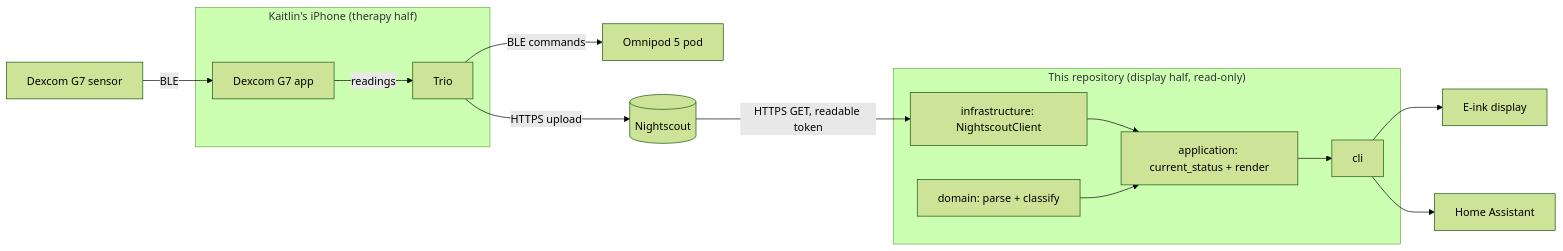
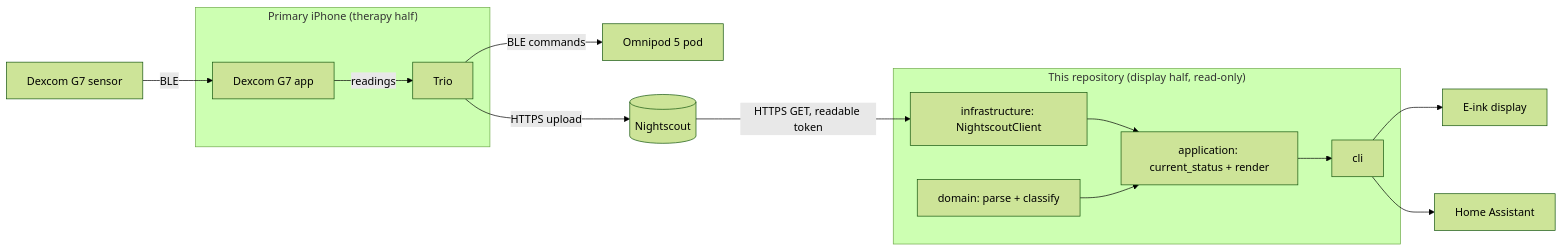
Before and after one commit to esanacore/lightkeeper: the diagram in docs/ARCHITECTURE.md, drawn with Mermaid (forest theme). The commit also changed other lines of this file and 40 other files, not shown here.

````diff
--- a/docs/ARCHITECTURE.md
+++ b/docs/ARCHITECTURE.md
@@ -17,23 +17,23 @@
 ```mermaid
 flowchart LR
-    subgraph iPhone["Kaitlin's iPhone (therapy half)"]
+    subgraph iPhone["Primary iPhone (therapy half)"]
         DexApp[Dexcom G7 app]
         Trio[Trio]
     end
     G7[Dexcom G7 sensor] -- BLE --> DexApp
     DexApp -- readings --> Trio
     Trio -- BLE commands --> Pod[Omnipod 5 pod]
     Trio -- HTTPS upload --> NS[(Nightscout)]
     subgraph Ours["This repository (display half, read-only)"]
         Client[infrastructure: NightscoutClient]
         Domain[domain: parse + classify]
         App[application: current_status + render]
         CLI[cli]
     end
     NS -- HTTPS GET, readable token --> Client
     Client --> App
     Domain --> App
     App --> CLI
     CLI --> Eink[E-ink display]
     CLI --> HA[Home Assistant]
 ```
````
